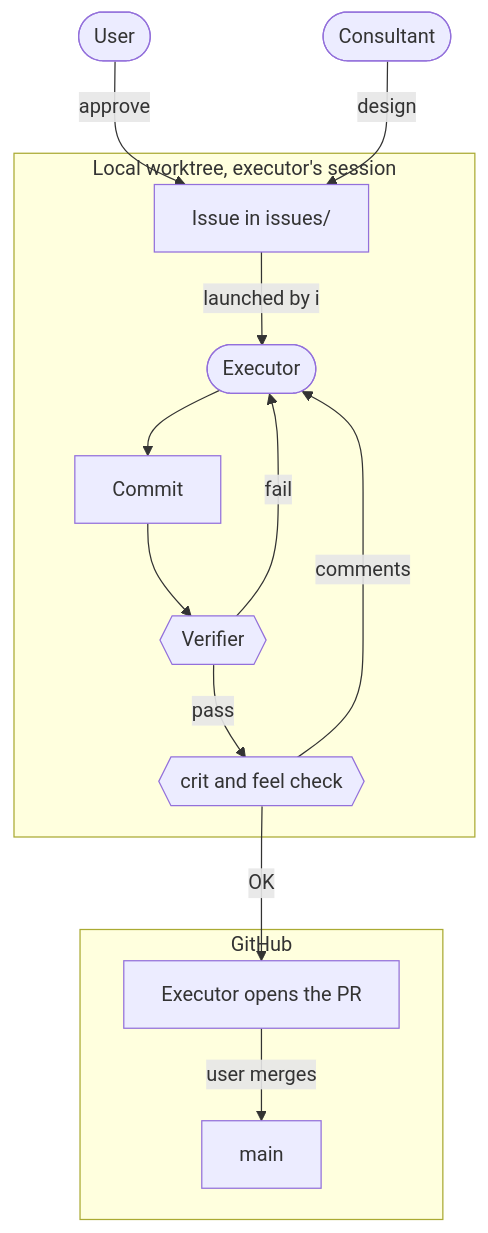
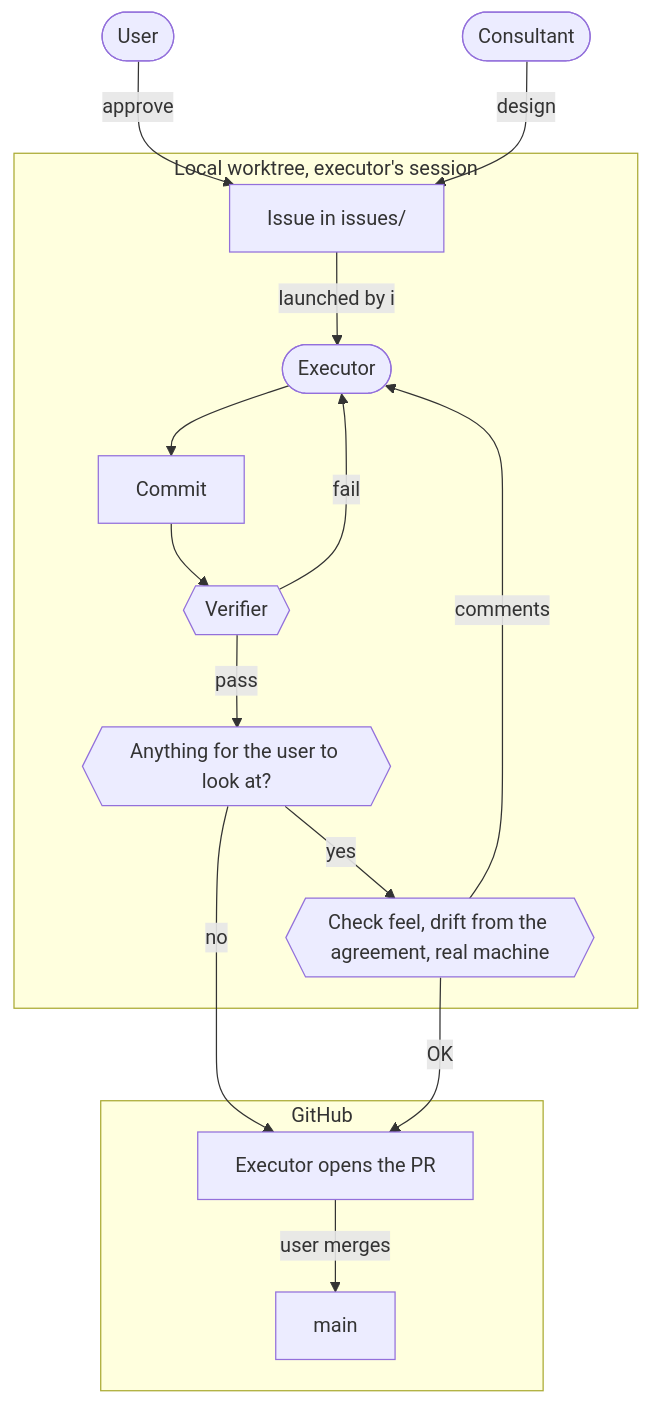
One commit to yktsnet/dotfiles-public changed the diagram in README.en.md. Above: the diagram before and after it, drawn with Mermaid. The commit also changed other lines of this file and 8 other files, not shown here.

````diff
--- a/README.en.md
+++ b/README.en.md
@@ -61,17 +61,19 @@
 ```mermaid
 flowchart TD
     U([User]) -->|approve| I[Issue in issues/]
     C([Consultant]) -->|design| I
     subgraph local [Local worktree, executor's session]
         I -->|launched by i| E([Executor])
         E --> L[Commit]
         L --> J{{Verifier}}
         J -->|fail| E
-        J -->|pass| V{{crit and feel check}}
-        V -->|comments| E
+        J -->|pass| V{{Anything for the user to look at?}}
+        V -->|yes| H{{Check feel, drift from the agreement, real machine}}
+        H -->|comments| E
     end
-    V -->|OK| P
+    V -->|no| P
+    H -->|OK| P
     subgraph remote [GitHub]
         P[Executor opens the PR] -->|user merges| M[main]
     end
 ```
````
